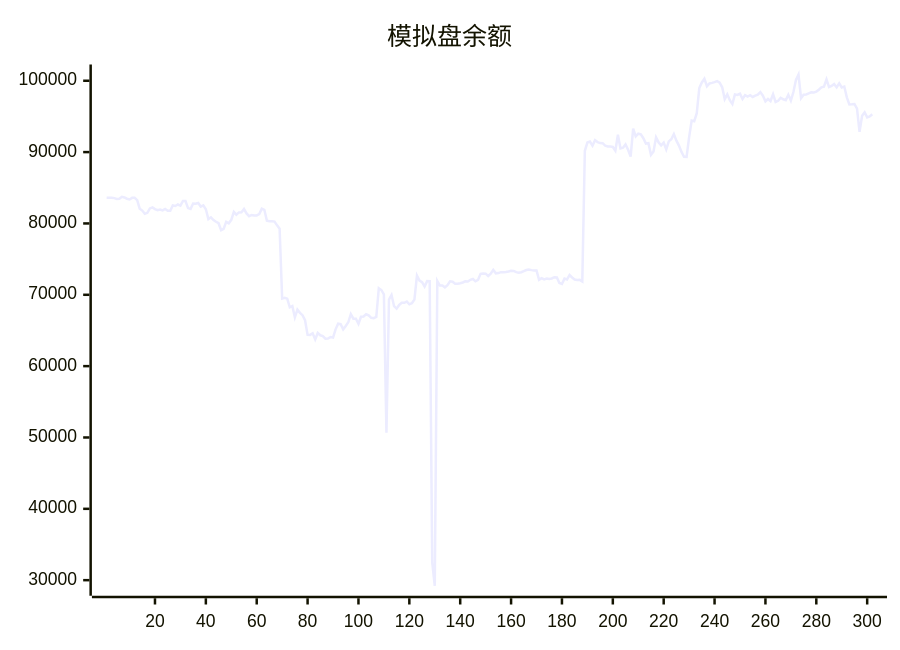
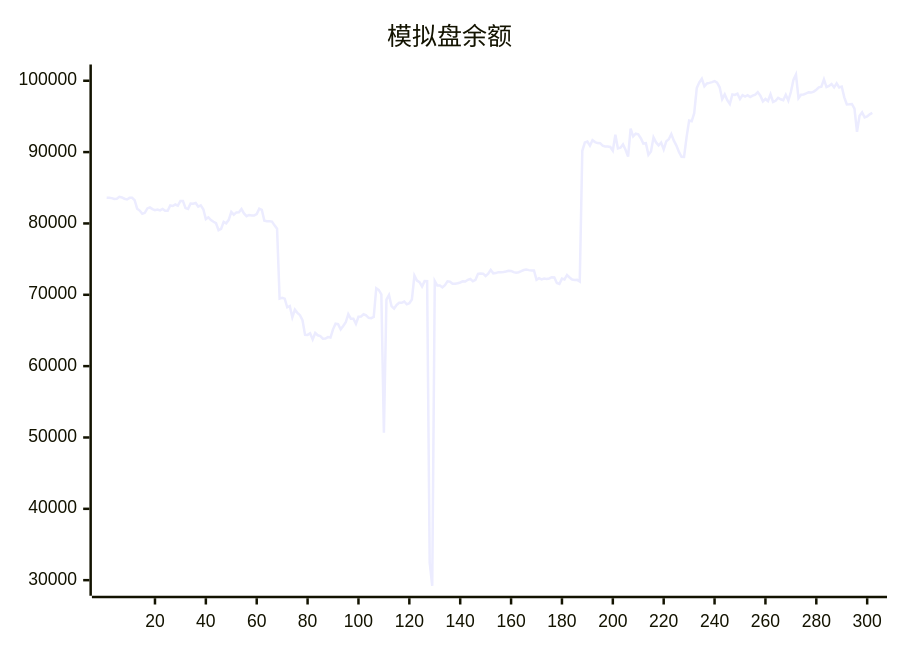
One commit to aahl/ai-trading changed the diagram in README.md. Above: the diagram before and after it, drawn with Mermaid. The commit also changed other lines of this file and 1 other file, not shown here.

````diff
--- a/README.md
+++ b/README.md
@@ -5,5 +5,5 @@
 ```mermaid
 xychart
     title "模拟盘余额"
-    line [83608,83606,83602,83548,83440,83454,83724,83644,83464,83365,83590,83592,83275,82072,81806,81344,81492,82109,82254,82006,81848,81955,81829,82022,81769,81776,82522,82441,82656,82498,83144,83144,82150,82038,82797,82763,82872,82367,82536,81981,80612,80862,80484,80242,80034,79063,79245,80226,80016,80507,81625,81233,81544,81578,82016,81401,81019,81186,81130,81118,81306,82066,81909,80392,80304,80291,80258,79729,79261,69466,69579,69456,68251,68415,66832,67911,67462,67144,66432,64380,64375,64606,63740,64647,64324,64216,63842,63877,64078,64008,65156,65945,65888,65157,65625,66144,67284,66653,66639,65924,66925,66956,67263,67108,66766,66729,66886,70927,70673,70049,50652,69334,69973,68400,68061,68578,68876,68879,69055,68662,68822,69329,72687,71999,71760,71162,71911,71896,32500,29218,71927,71297,71305,71044,71337,71883,71822,71536,71536,71622,71723,71880,71860,72100,72216,71887,72077,72940,72976,72966,72638,72948,73497,73004,73041,73173,73160,73186,73258,73375,73351,73173,73098,73161,73305,73474,73536,73457,73413,73412,72100,72333,72164,72272,72204,72285,72461,72421,71652,71521,72267,72157,72774,72424,72144,72060,72091,71858,90185,91338,91466,90900,91678,91404,91268,91244,90903,90779,90787,90721,90187,92429,90518,90619,91070,90328,89376,93286,92202,92581,92485,91947,91196,91259,89619,90086,92063,91355,90950,91327,90373,91498,91800,92531,91603,90910,90031,89351,89334,92097,94406,94315,95455,98972,99763,100286,99229,99622,99701,99805,99938,99738,99082,97430,98094,97267,96741,98081,98013,98194,97447,97983,97789,97969,97729,97911,98043,98405,97912,97120,97448,97154,98095,97021,97190,97616,97402,97263,98035,97210,98424,100120,100876,97552,98049,98085,98228,98388,98342,98488,98750,99086,99181,100188,99107,99272,99553,99072,99636,99061,99186,97674,96679,96704,96743,96096,92830,95088,95560,94866,94995,95295]
+    line [83606,83602,83548,83440,83454,83724,83644,83464,83365,83590,83592,83275,82072,81806,81344,81492,82109,82254,82006,81848,81955,81829,82022,81769,81776,82522,82441,82656,82498,83144,83144,82150,82038,82797,82763,82872,82367,82536,81981,80612,80862,80484,80242,80034,79063,79245,80226,80016,80507,81625,81233,81544,81578,82016,81401,81019,81186,81130,81118,81306,82066,81909,80392,80304,80291,80258,79729,79261,69466,69579,69456,68251,68415,66832,67911,67462,67144,66432,64380,64375,64606,63740,64647,64324,64216,63842,63877,64078,64008,65156,65945,65888,65157,65625,66144,67284,66653,66639,65924,66925,66956,67263,67108,66766,66729,66886,70927,70673,70049,50652,69334,69973,68400,68061,68578,68876,68879,69055,68662,68822,69329,72687,71999,71760,71162,71911,71896,32500,29218,71927,71297,71305,71044,71337,71883,71822,71536,71536,71622,71723,71880,71860,72100,72216,71887,72077,72940,72976,72966,72638,72948,73497,73004,73041,73173,73160,73186,73258,73375,73351,73173,73098,73161,73305,73474,73536,73457,73413,73412,72100,72333,72164,72272,72204,72285,72461,72421,71652,71521,72267,72157,72774,72424,72144,72060,72091,71858,90185,91338,91466,90900,91678,91404,91268,91244,90903,90779,90787,90721,90187,92429,90518,90619,91070,90328,89376,93286,92202,92581,92485,91947,91196,91259,89619,90086,92063,91355,90950,91327,90373,91498,91800,92531,91603,90910,90031,89351,89334,92097,94406,94315,95455,98972,99763,100286,99229,99622,99701,99805,99938,99738,99082,97430,98094,97267,96741,98081,98013,98194,97447,97983,97789,97969,97729,97911,98043,98405,97912,97120,97448,97154,98095,97021,97190,97616,97402,97263,98035,97210,98424,100120,100876,97552,98049,98085,98228,98388,98342,98488,98750,99086,99181,100188,99107,99272,99553,99072,99636,99061,99186,97674,96679,96704,96743,96096,92830,95088,95560,94866,94995,95295,95497]
 ```
````
